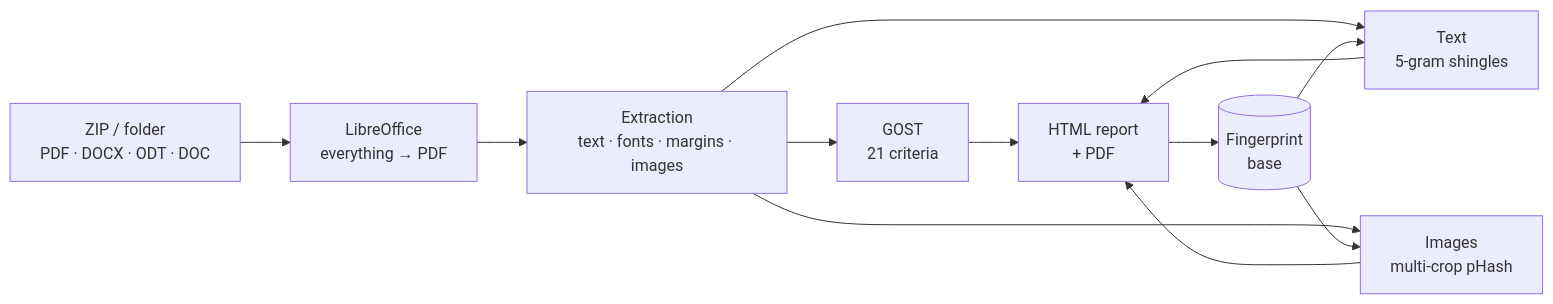
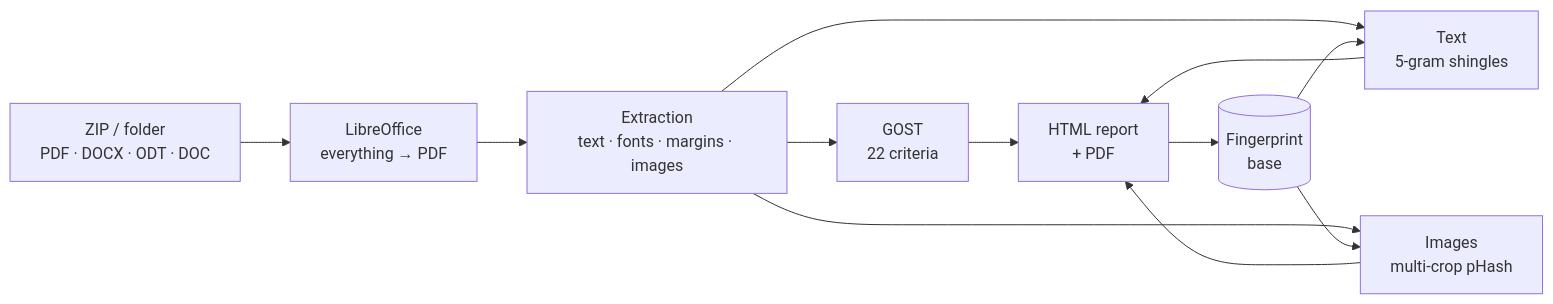
The second of 2 diagrams in README.md (SvobodaGaming/ALENA), drawn with Mermaid before and after one commit. The commit also changed other lines of this file and 5 other files, not shown here.

````diff
--- a/README.md
+++ b/README.md
@@ -444,14 +445,14 @@
 ```mermaid
 flowchart LR
     A[ZIP / folder<br/>PDF · DOCX · ODT · DOC] --> B[LibreOffice<br/>everything → PDF]
     B --> C[Extraction<br/>text · fonts · margins · images]
-    C --> D[GOST<br/>21 criteria]
+    C --> D[GOST<br/>22 criteria]
     C --> E[Text<br/>5-gram shingles]
     C --> F[Images<br/>multi-crop pHash]
     G[(Fingerprint<br/>base)] --> E
     G --> F
     D --> H[HTML report<br/>+ PDF]
     E --> H
     F --> H
     H --> G
 ```
````
